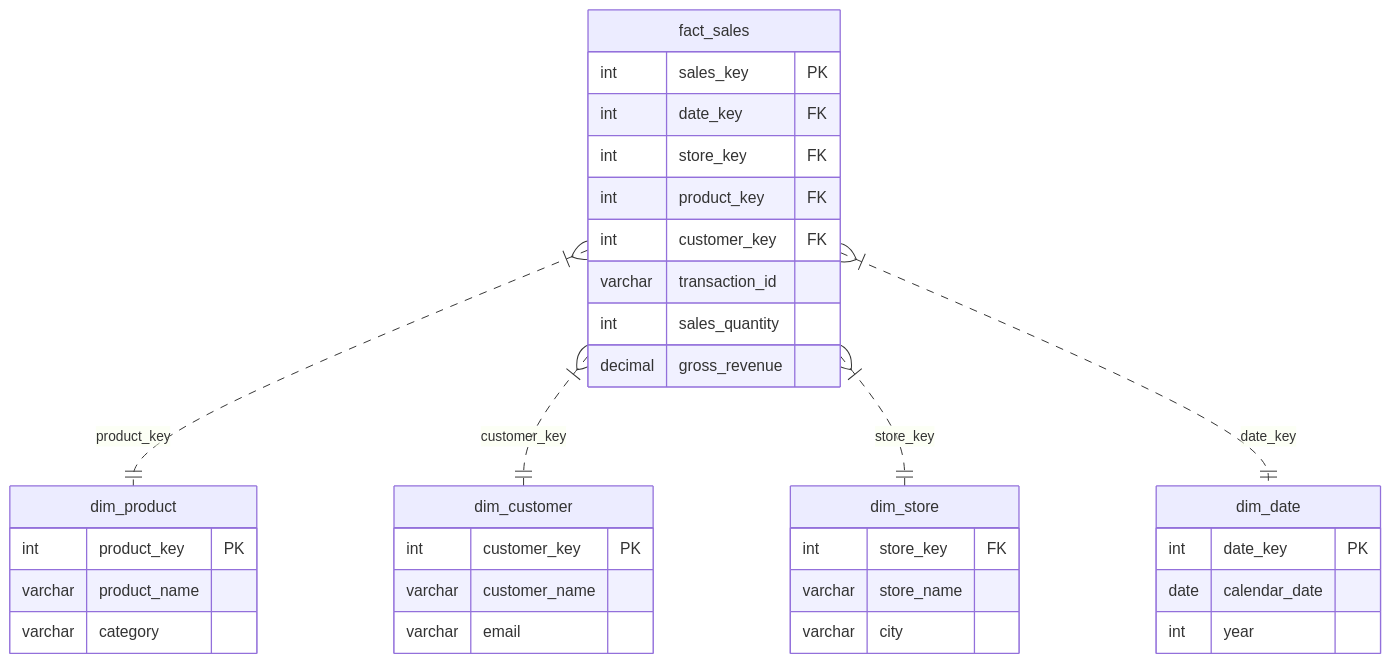
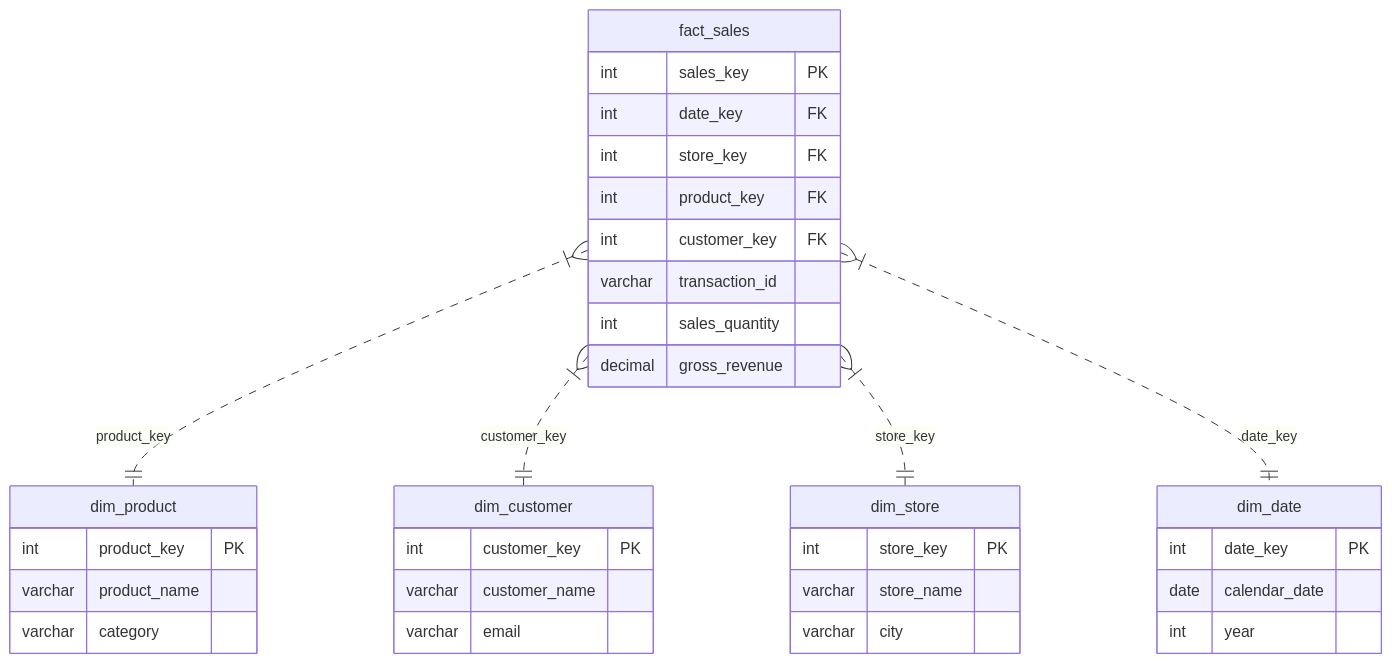
One commit to kythuatdulieu/kythuatdulieu.github.io changed the diagram in src/content/docs/concepts/data-warehouse/fact-table.md. Above: the diagram before and after it, drawn with Mermaid. The commit also changed other lines of this file and 175 other files, not shown here.

Commit message:
docs: content audit, correct Mermaid diagrams, fix external links, and auto-inject popovers

````diff
--- a/src/content/docs/concepts/data-warehouse/fact-table.md
+++ b/src/content/docs/concepts/data-warehouse/fact-table.md
@@ -35,37 +35,37 @@
 ```mermaid
 erDiagram
     fact_sales {
         int sales_key PK
         int date_key FK
         int store_key FK
         int product_key FK
         int customer_key FK
         varchar transaction_id
         int sales_quantity
         decimal gross_revenue
     }
     dim_product {
         int product_key PK
         varchar product_name
         varchar category
     }
     dim_customer {
         int customer_key PK
         varchar customer_name
         varchar email
     }
     dim_store {
-        int store_key FK
+        int store_key PK
         varchar store_name
         varchar city
     }
     dim_date {
         int date_key PK
         date calendar_date
         int year
     }
     fact_sales }|..|| dim_product : "product_key"
     fact_sales }|..|| dim_customer : "customer_key"
     fact_sales }|..|| dim_store : "store_key"
     fact_sales }|..|| dim_date : "date_key"
 ```
````
